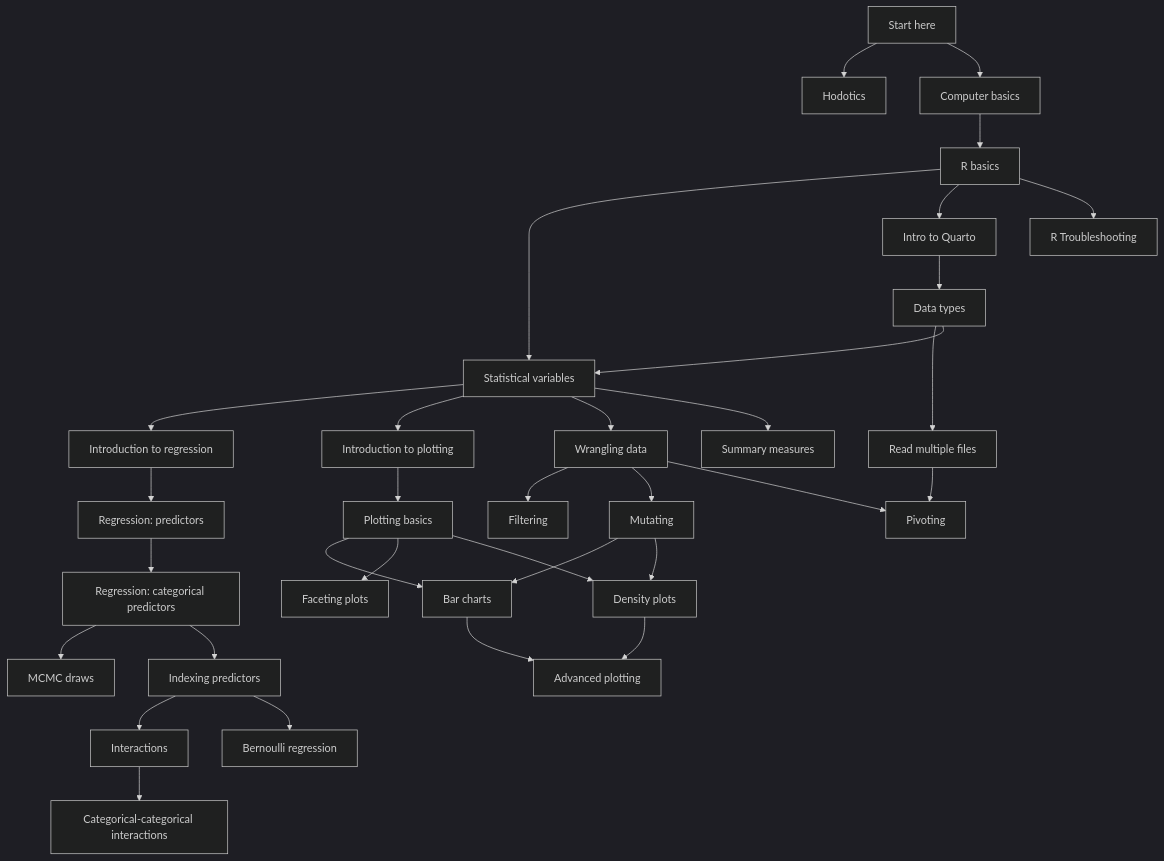
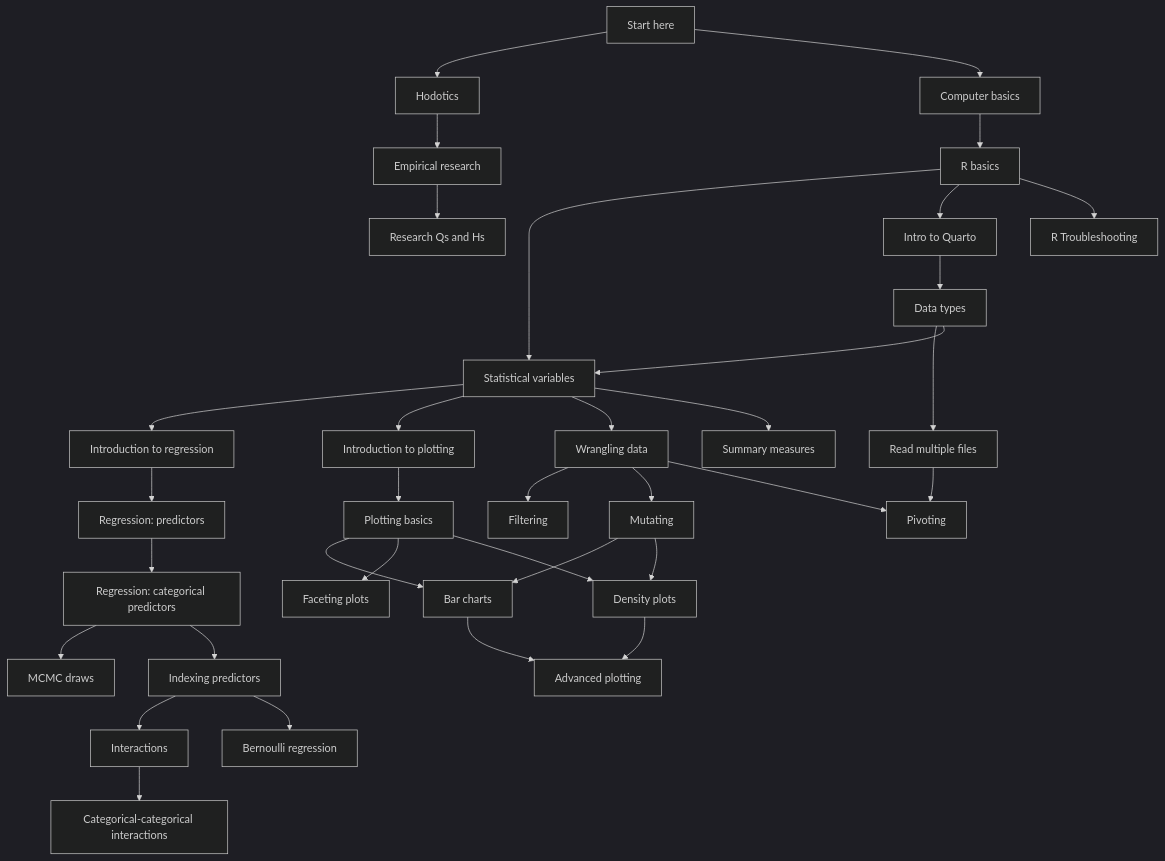
Before and after one commit to uoelel/qml: the diagram in map.qmd, drawn with Mermaid (dark theme). The commit also changed 14 other files, not shown here.

Commit message:
add research context and qh

```diff
--- a/map.qmd
+++ b/map.qmd
@@ -51,6 +51,11 @@
   AC[Summary measures]
   click AC href "posts/summaries.html" "Go to page"
   
+  AD[Empirical research]
+  click AD href "posts/research-context.html" "Go to page"
+  AE[Research Qs and Hs]
+  click AE href "posts/research-qh.html" "Go to page"
+  
   R[Regression: predictors]
   click R href "posts/intro-regression-predictors.html" "Go to page"
   S[Regression: categorical predictors]
@@ -67,6 +72,10 @@
   click X href "posts/regression-bernoulli.html" "Go to page"
   
   A --> B & C
+  
+  B --> AD
+  AD --> AE
+  
   C --> D
   
   D --> E & F & G
```
